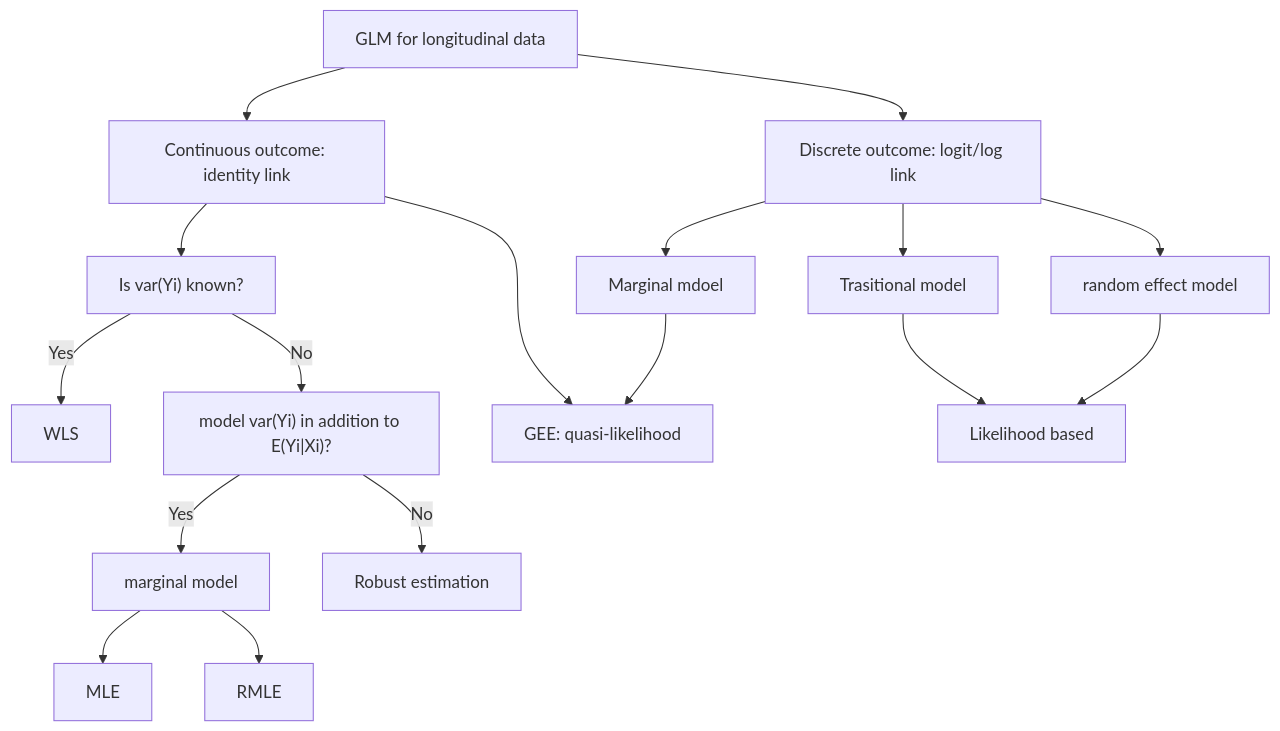
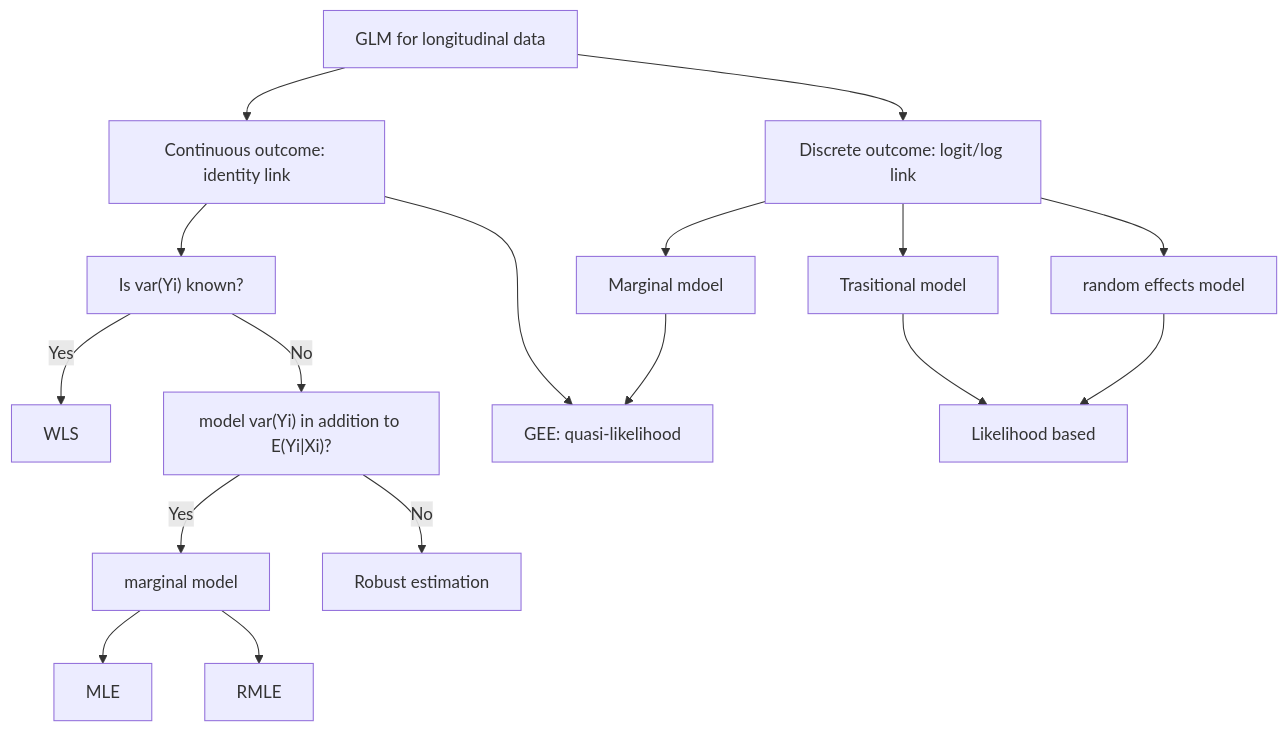
One commit to askming/study_notes changed the diagram in notes/Stats/Note-Correlated Data Analysis.md. Above: the diagram before and after it, drawn with Mermaid. The commit also changed other lines of this file and 1 other file, not shown here.

````diff
--- a/notes/Stats/Note-Correlated Data Analysis.md
+++ b/notes/Stats/Note-Correlated Data Analysis.md
@@ -580,20 +609,20 @@
 ```{mermaid}
 graph TD
 
 a[GLM for longitudinal data] --> b[Continuous outcome: identity link]
 a --> c[Discrete outcome: logit/log link]
 b --> d["Is var(Yi) known?"]
 d -- Yes --> e[WLS]
 d -- No --> f["model var(Yi) in addition to E(Yi|Xi)?"]
 f -- Yes --> g[marginal model]
 g --> g1[MLE]
 g --> g2[RMLE]
 f -- No --> h[Robust estimation]
 c --> i[Marginal mdoel]
 c --> j[Trasitional model]
-c --> k[random effect model]
+c --> k[random effects model]
 i --> i1[GEE: quasi-likelihood]
 j --> l[Likelihood based]
 k --> l
 b --> i1
 ```
````
